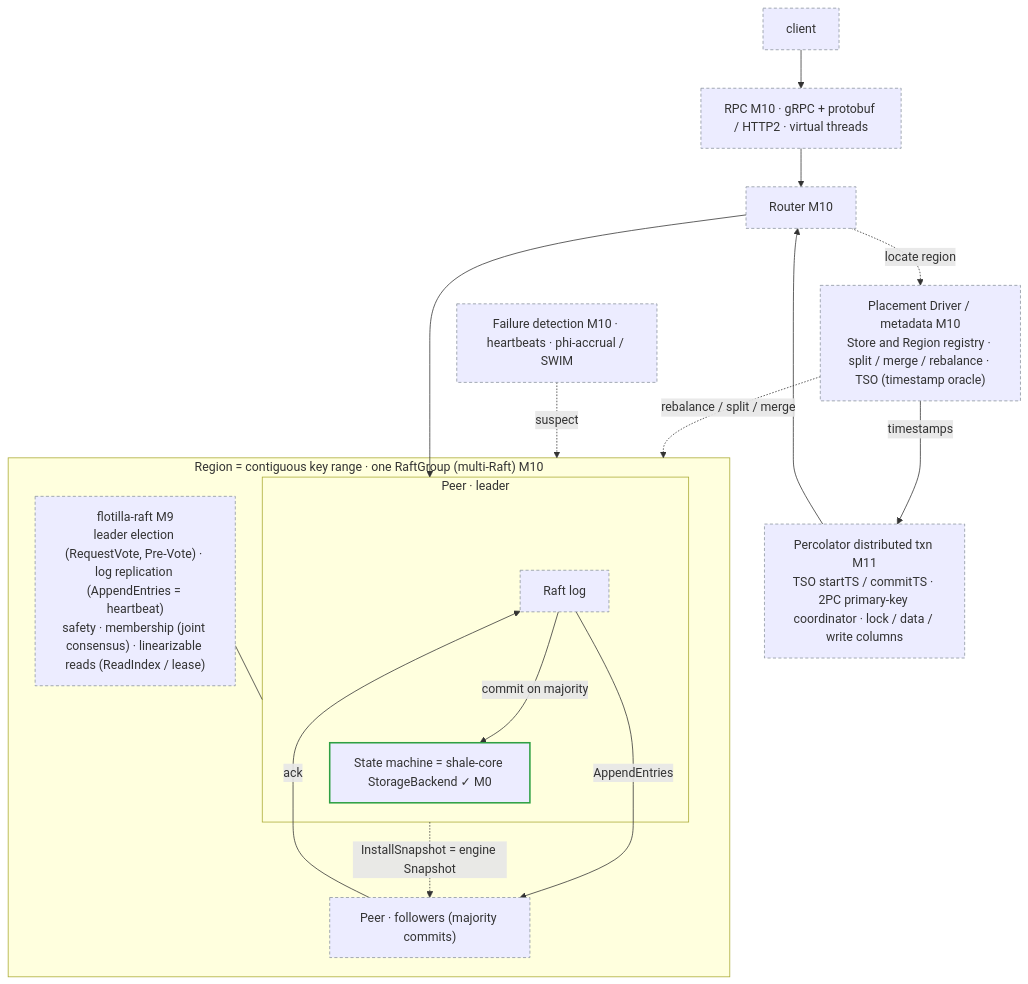
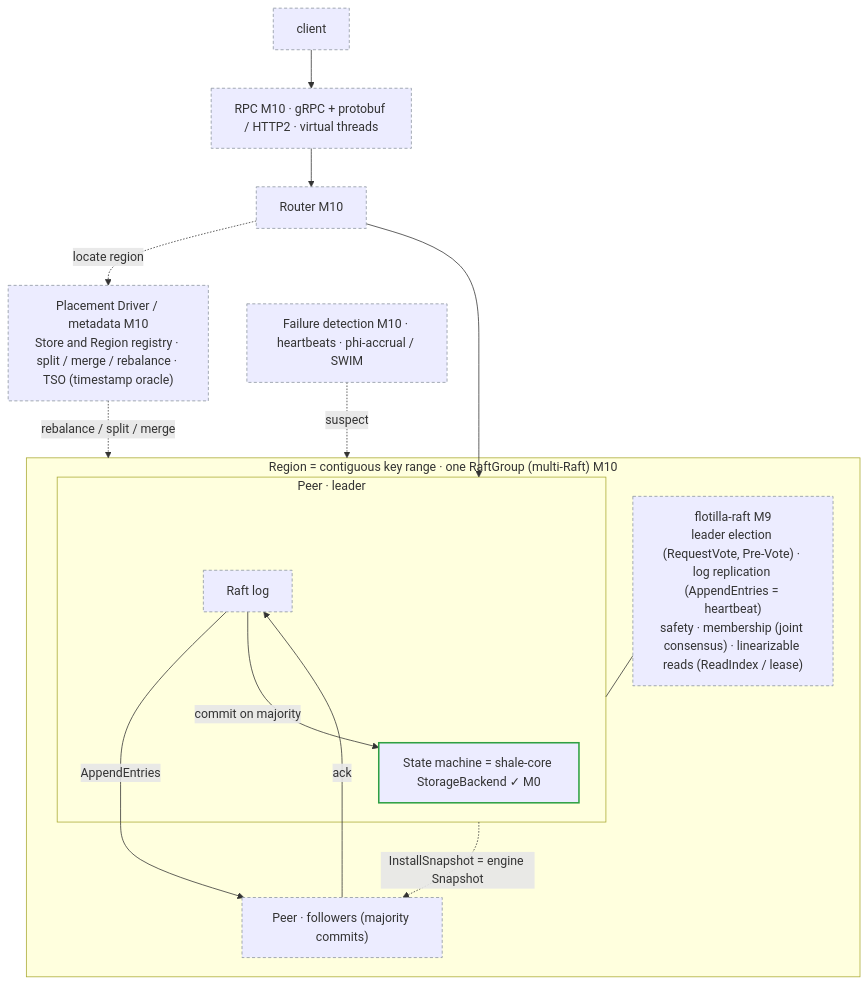
One commit to rahul-j0shi/shale changed the third of 4 diagrams in README.md. Above: the diagram before and after it, drawn with Mermaid. The commit also changed other lines of this file and 1 other file, not shown here.

````diff
--- a/README.md
+++ b/README.md
@@ -198,36 +198,32 @@
 ```mermaid
 flowchart TB
   client["client"]:::plan
   rpc["RPC M10 · gRPC + protobuf / HTTP2 · virtual threads"]:::plan
   router["Router M10"]:::plan
   pd["Placement Driver / metadata M10<br/>Store and Region registry · split / merge / rebalance · TSO (timestamp oracle)"]:::plan
   fd["Failure detection M10 · heartbeats · phi-accrual / SWIM"]:::plan
 
   subgraph region["Region = contiguous key range · one RaftGroup (multi-Raft) M10"]
     raft["flotilla-raft M9<br/>leader election (RequestVote, Pre-Vote) · log replication (AppendEntries = heartbeat)<br/>safety · membership (joint consensus) · linearizable reads (ReadIndex / lease)"]:::plan
     subgraph peer["Peer · leader"]
       rlog["Raft log"]:::plan
       sm["State machine = shale-core StorageBackend ✓ M0"]:::done
     end
     fol["Peer · followers (majority commits)"]:::plan
   end
 
-  txn["Percolator distributed txn M11<br/>TSO startTS / commitTS · 2PC primary-key coordinator · lock / data / write columns"]:::plan
-
   client --> rpc
   rpc --> router
   router -. locate region .-> pd
   router --> peer
   raft --- peer
   rlog -->|AppendEntries| fol
   fol -->|ack| rlog
   rlog -->|commit on majority| sm
   peer -. "InstallSnapshot = engine Snapshot" .-> fol
-  pd -->|timestamps| txn
-  txn --> router
   pd -. "rebalance / split / merge" .-> region
   fd -. suspect .-> region
 
   classDef done stroke:#2ea043,stroke-width:2px;
   classDef plan stroke:#8b949e,stroke-width:1px,stroke-dasharray:4 3;
 ```
````
